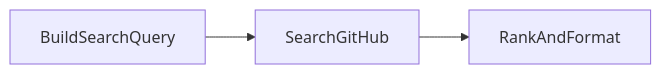
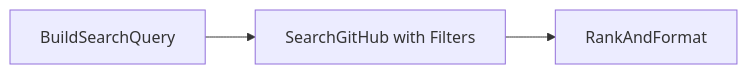
Before and after one commit to Mariusvin/PocketFlow: the first of 3 diagrams in cookbook/ai-github-search/README.md, drawn with Mermaid. The commit also changed other lines of this file and 4 other files, not shown here.

````diff
--- a/cookbook/ai-github-search/README.md
+++ b/cookbook/ai-github-search/README.md
@@ -66,5 +115,5 @@
 ```mermaid
 flowchart LR
-    Q[BuildSearchQuery] --> S[SearchGitHub]
+    Q[BuildSearchQuery] --> S[SearchGitHub with Filters]
     S --> R[RankAndFormat]
 ```
````
